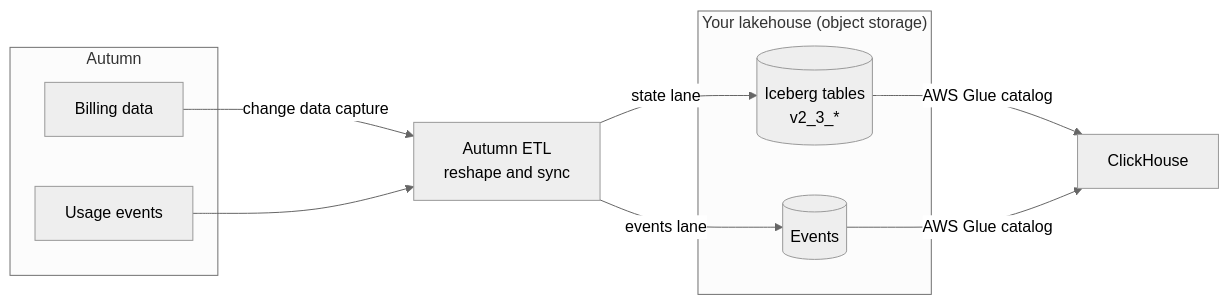
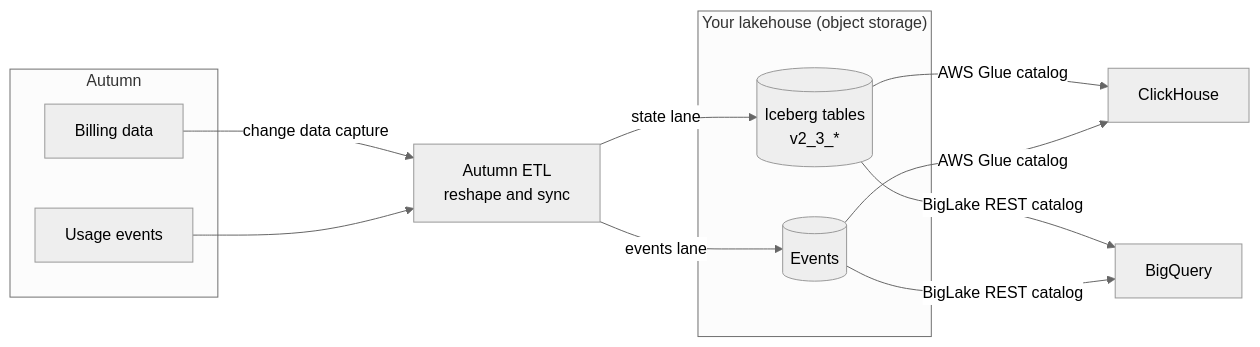
Before and after one commit to useautumn/autumn: the diagram in apps/docs/mintlify/documentation/lakehouse/overview.mdx, drawn with Mermaid (neutral theme). The commit also changed other lines of this file and 5 other files, not shown here.

Commit message:
docs: ✏️ new lakehouse schema

````diff
--- a/apps/docs/mintlify/documentation/lakehouse/overview.mdx
+++ b/apps/docs/mintlify/documentation/lakehouse/overview.mdx
@@ -21,28 +21,26 @@
 ```mermaid
 flowchart LR
   subgraph autumn["Autumn"]
     DB["Billing data"]
     EV["Usage events"]
   end
 
   RW["Autumn ETL<br/>reshape and sync"]
 
   subgraph lake["Your lakehouse (object storage)"]
     ICE[("Iceberg tables<br/>v2_3_*")]
     EVT[("Events")]
   end
 
   CH["ClickHouse"]
+  BQ["BigQuery"]
 
   DB -->|change data capture| RW
   EV --> RW
   RW -->|state lane| ICE
   RW -->|events lane| EVT
   ICE -->|AWS Glue catalog| CH
   EVT -->|AWS Glue catalog| CH
-
-  %% BigQuery leg — hidden until BigQuery delivery ships:
-  %% BQ["BigQuery"]
-  %% ICE -->|BigLake REST catalog| BQ
-  %% EVT -->|BigLake REST catalog| BQ
+  ICE -->|BigLake REST catalog| BQ
+  EVT -->|BigLake REST catalog| BQ
 ```
````
